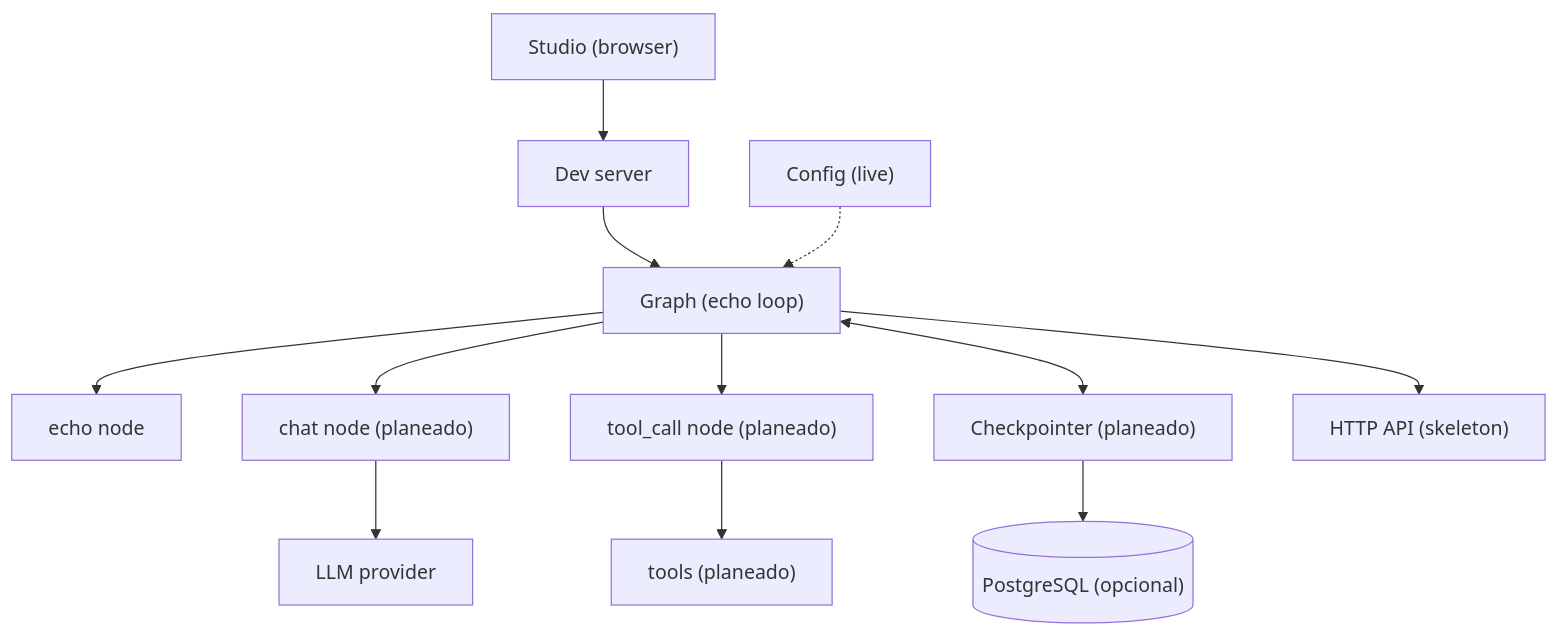
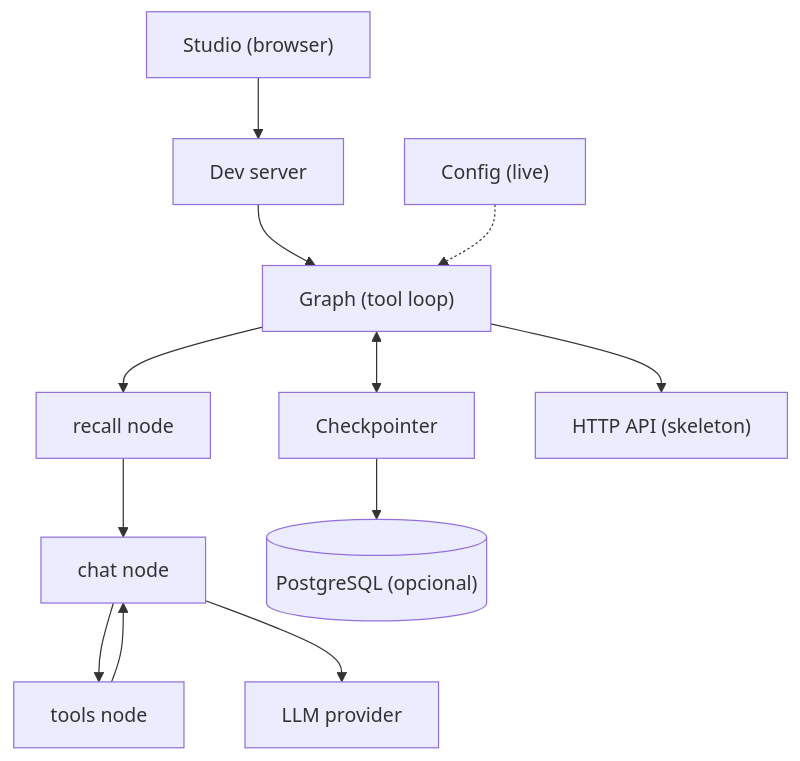
One commit to dinoesau/langgraph-template changed the first of 2 diagrams in docs/architecture.md. Above: the diagram before and after it, drawn with Mermaid. The commit also changed other lines of this file and 8 other files, not shown here.

````diff
--- a/docs/architecture.md
+++ b/docs/architecture.md
@@ -9,14 +9,14 @@
 ```mermaid
 graph TB
     Studio["Studio (browser)"] --> Dev["Dev server"]
-    Dev --> Graph["Graph (echo loop)"]
-    Graph --> Echo["echo node"]
-    Graph --> Chat["chat node (planeado)"]
-    Graph --> ToolCall["tool_call node (planeado)"]
+    Dev --> Graph["Graph (tool loop)"]
+    Graph --> Recall["recall node"]
+    Recall --> Chat["chat node"]
+    Chat --> Tools["tools node"]
+    Tools --> Chat
     Chat --> LLM["LLM provider"]
-    ToolCall --> Tools["tools (planeado)"]
-    Graph <--> Ckpt["Checkpointer (planeado)"]
+    Graph <--> Ckpt["Checkpointer"]
     Ckpt --> PG[("PostgreSQL (opcional)")]
     Graph --> API["HTTP API (skeleton)"]
     Cfg["Config (live)"] -.-> Graph
 ```
````
